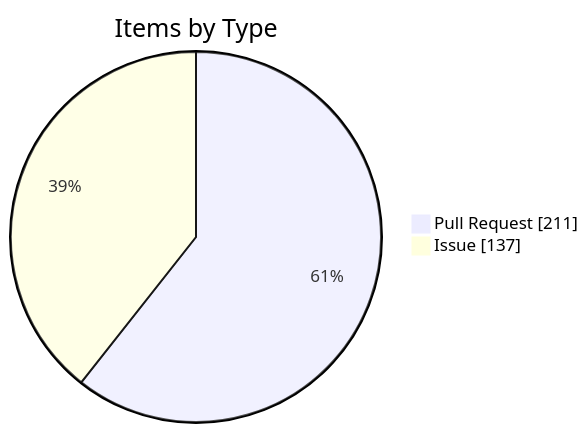
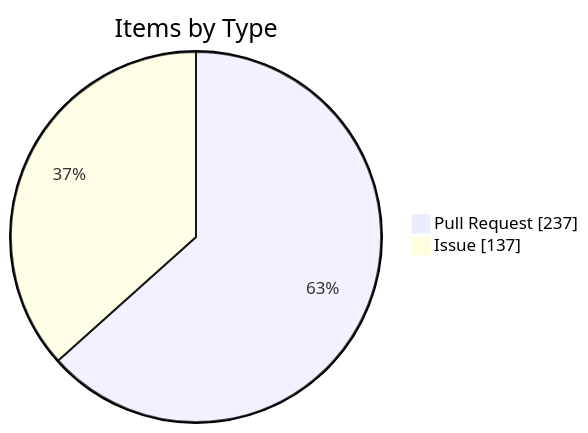
The fourth of 4 diagrams in apps/kbve/astro-kbve/src/content/docs/dashboard/kanban-data.mdx (KBVE/kbve), drawn with Mermaid before and after one commit. The commit also changed other lines of this file and 2 other files, not shown here.

````diff
--- a/apps/kbve/astro-kbve/src/content/docs/dashboard/kanban-data.mdx
+++ b/apps/kbve/astro-kbve/src/content/docs/dashboard/kanban-data.mdx
@@ -246,6 +246,6 @@
 ```mermaid
 pie showData
     title Items by Type
-    "Pull Request" : 211
+    "Pull Request" : 237
     "Issue" : 137
 ```
````
